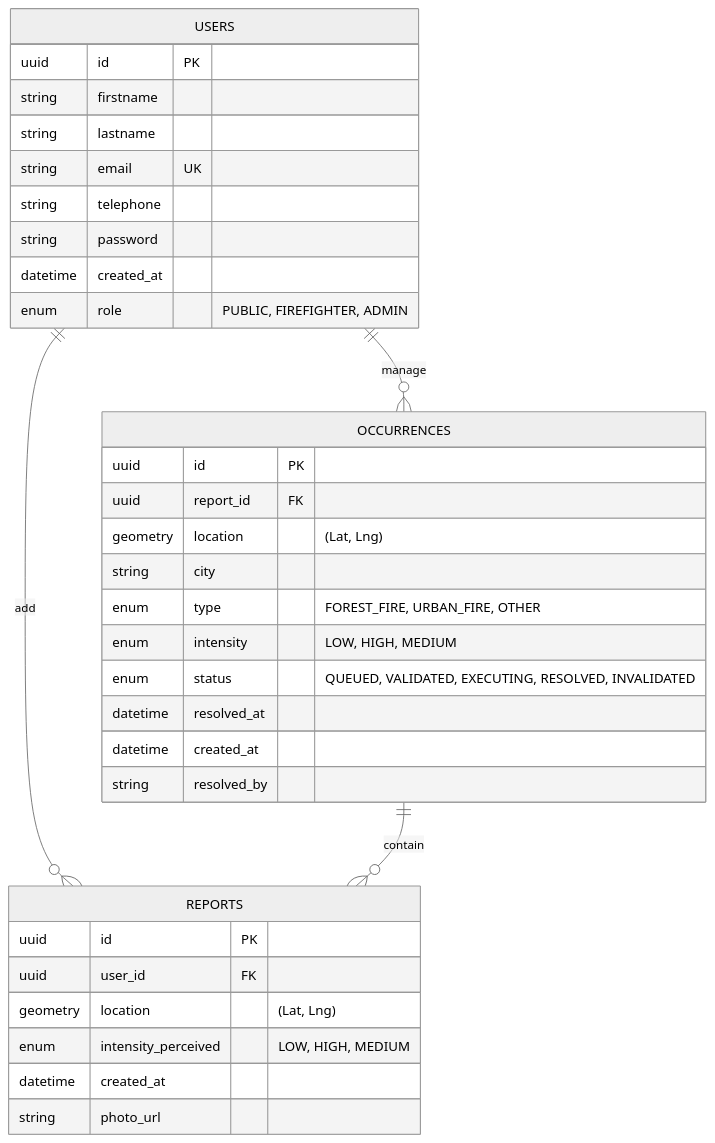
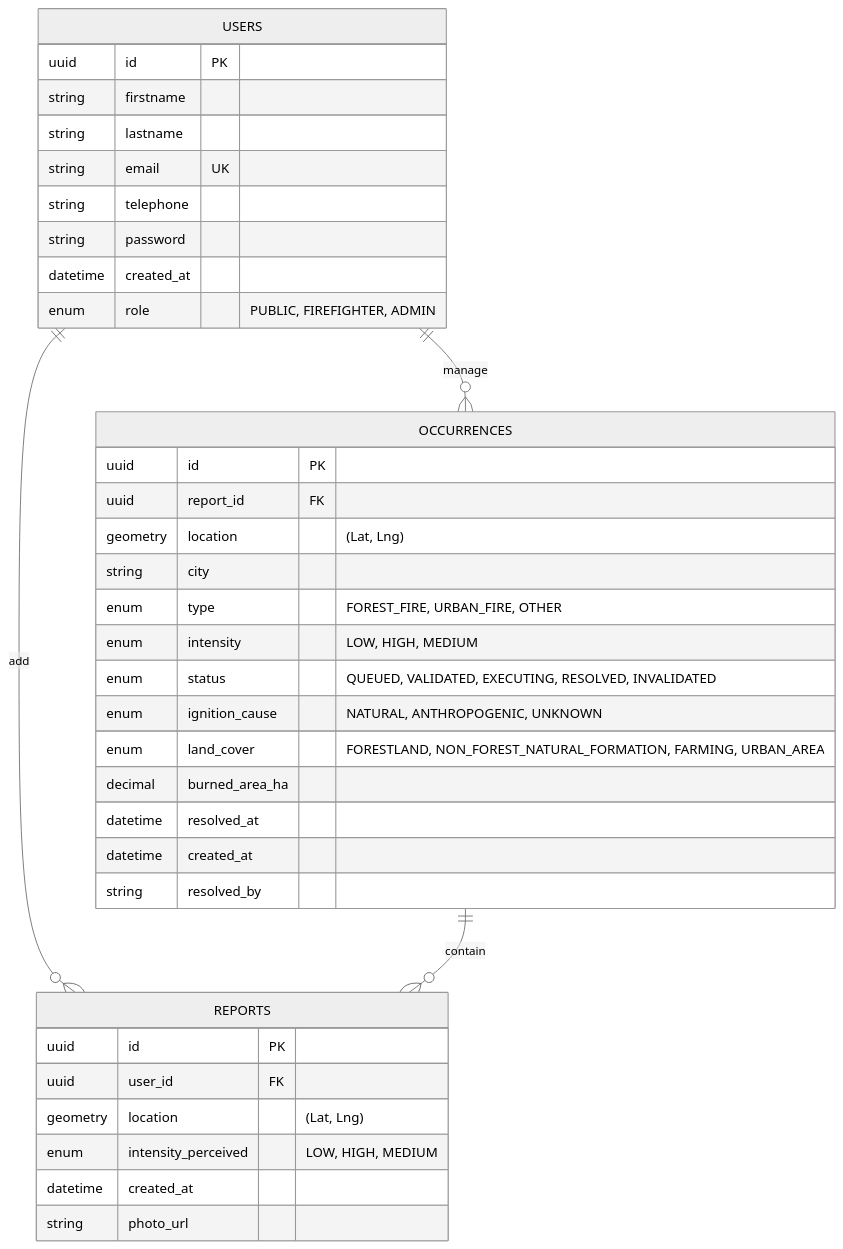
The diagram in docs/schema.md (zetta-lab-fire-control/fire-control-api), drawn with Mermaid (neutral theme) before and after one commit.

Commit message:
docs: add new features to model occurrence based on external databases

````diff
--- a/docs/schema.md
+++ b/docs/schema.md
@@ -9,42 +9,45 @@
 ```mermaid
 erDiagram
 
     USERS {
         uuid id PK
         string firstname
         string lastname
         string email UK
         string telephone
         string password
         datetime created_at
         enum role "PUBLIC, FIREFIGHTER, ADMIN"
 
     }
 
     OCCURRENCES {
         uuid id PK
         uuid report_id FK
         geometry location "(Lat, Lng)"
         string city
         enum type "FOREST_FIRE, URBAN_FIRE, OTHER"
         enum intensity "LOW, HIGH, MEDIUM"
         enum status "QUEUED, VALIDATED, EXECUTING, RESOLVED, INVALIDATED"
+        enum ignition_cause "NATURAL, ANTHROPOGENIC, UNKNOWN"
+        enum land_cover "FORESTLAND, NON_FOREST_NATURAL_FORMATION, FARMING, URBAN_AREA"
+        decimal burned_area_ha
         datetime resolved_at
         datetime created_at
         string resolved_by
     }
 
     REPORTS {
         uuid id PK
         uuid user_id FK
         geometry location "(Lat, Lng)"
         enum intensity_perceived "LOW, HIGH, MEDIUM"
         datetime created_at
         string photo_url
     }
 
     %% Relacionamentos
     USERS ||--o{ REPORTS : "add"
     USERS ||--o{ OCCURRENCES : "manage"
     OCCURRENCES ||--o{ REPORTS : "contain"
 ```
````
